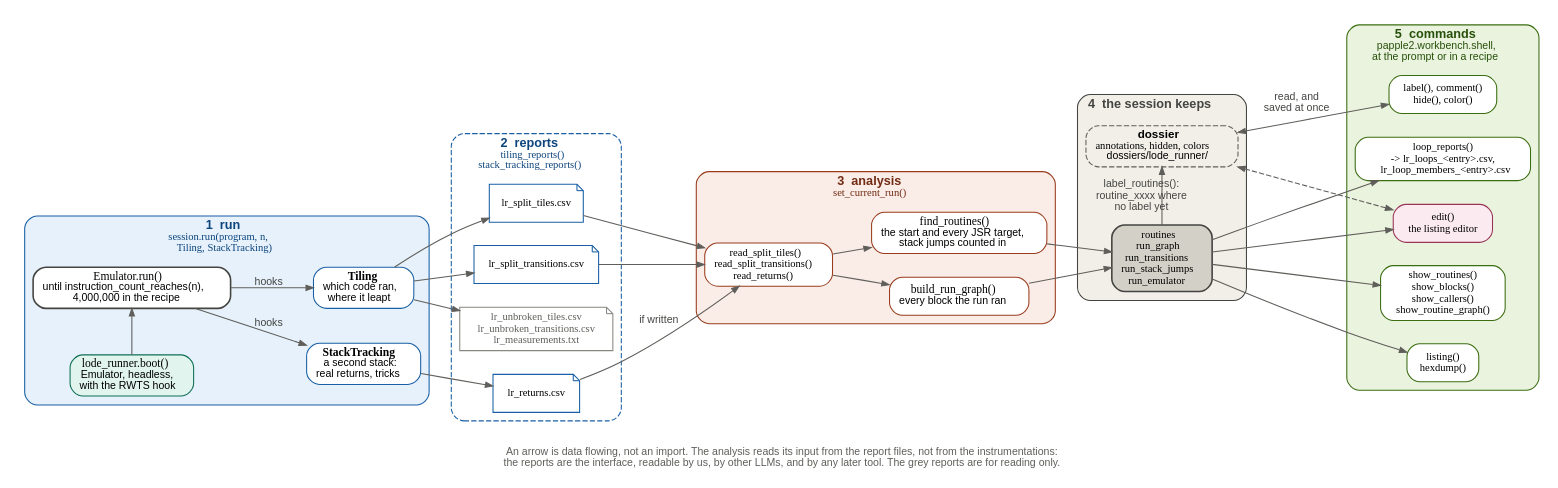
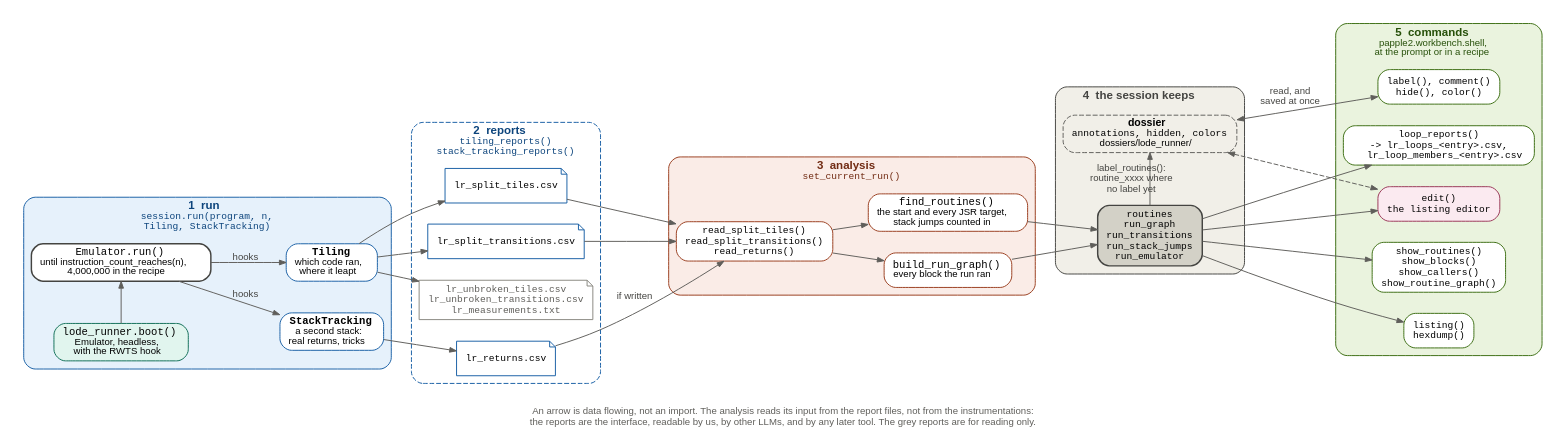
One commit to fschuhi/papple2 changed the diagram in docs/diagrams/pipeline.dot. Above: the diagram before and after it, drawn with Graphviz. The commit also changed 17 other files, not shown here.

Commit message:
diagrams done, documentation updated

```diff
--- a/docs/diagrams/pipeline.dot
+++ b/docs/diagrams/pipeline.dot
@@ -1,127 +1,127 @@
 // The workbench's pipeline: from a run of the program to the commands.
 // Unlike packages.dot, workbench.dot and core.dot, an arrow here is data
 // flowing, not an import. The colours are those of workbench.dot.
 // Each step names the Session method that makes it happen; the recipe in
 // scripts/lr_basic_blocks_analysis.py calls them in this order.
 // Rendered by `make presentation`.
 
 digraph pipeline {
     rankdir=LR;
     newrank=true;
     size="13.3,7.5";
     nodesep=0.3;
     ranksep=0.5;
     bgcolor="white";
     fontname="Helvetica";
     fontsize=10;
     fontcolor="#5F5E5A";
     labelloc="b";
     label="\nAn arrow is data flowing, not an import. The analysis reads its input from the report files, not from the instrumentations:\nthe reports are the interface, readable by us, by other LLMs, and by any later tool. The grey reports are for reading only.";
     node [shape=box, style="rounded,filled", fontname="Helvetica", fontsize=11,
           fillcolor="white", color="#5F5E5A", penwidth=1, margin="0.12,0.06"];
     edge [color="#5F5E5A", fontname="Helvetica", fontsize=10, fontcolor="#444441",
           arrowsize=0.7];
 
     // 1 the run
     subgraph cluster_run {
-        label=<<B>1  run</B><BR/><FONT FACE="Menlo" POINT-SIZE="10">session.run(program, n,<BR/>Tiling, StackTracking)</FONT>>;
+        label=<<B>1  run</B><BR/><FONT FACE="monospace" POINT-SIZE="10">session.run(program, n,<BR/>Tiling, StackTracking)</FONT>>;
         labelloc="t"; style="rounded,filled"; fillcolor="#E6F1FB"; color="#185FA5";
         fontcolor="#0C447C"; fontsize=12;
 
-        boot [label=<<FONT FACE="Menlo">lode_runner.boot()</FONT><BR/><FONT POINT-SIZE="10">Emulator, headless,</FONT><BR/><FONT POINT-SIZE="10">with the RWTS hook</FONT>>,
+        boot [label=<<FONT FACE="monospace">lode_runner.boot()</FONT><BR/><FONT POINT-SIZE="10">Emulator, headless,</FONT><BR/><FONT POINT-SIZE="10">with the RWTS hook</FONT>>,
               fillcolor="#E1F5EE", color="#0F6E56"];
-        loop [label=<<FONT FACE="Menlo">Emulator.run()</FONT><BR/><FONT POINT-SIZE="10">until instruction_count_reaches(n),</FONT><BR/><FONT POINT-SIZE="10">4,000,000 in the recipe</FONT>>,
+        loop [label=<<FONT FACE="monospace">Emulator.run()</FONT><BR/><FONT POINT-SIZE="10">until instruction_count_reaches(n),</FONT><BR/><FONT POINT-SIZE="10">4,000,000 in the recipe</FONT>>,
               penwidth=1.5, color="#444441"];
-        tiling [label=<<FONT FACE="Menlo"><B>Tiling</B></FONT><BR/><FONT POINT-SIZE="10">which code ran,</FONT><BR/><FONT POINT-SIZE="10">where it leapt</FONT>>,
+        tiling [label=<<FONT FACE="monospace"><B>Tiling</B></FONT><BR/><FONT POINT-SIZE="10">which code ran,</FONT><BR/><FONT POINT-SIZE="10">where it leapt</FONT>>,
                 color="#185FA5"];
-        stack [label=<<FONT FACE="Menlo"><B>StackTracking</B></FONT><BR/><FONT POINT-SIZE="10">a second stack:</FONT><BR/><FONT POINT-SIZE="10">real returns, tricks</FONT>>,
+        stack [label=<<FONT FACE="monospace"><B>StackTracking</B></FONT><BR/><FONT POINT-SIZE="10">a second stack:</FONT><BR/><FONT POINT-SIZE="10">real returns, tricks</FONT>>,
                color="#185FA5"];
         { rank=same; boot; loop; }
         { rank=same; tiling; stack; }
 
         boot -> loop;
         loop -> tiling [label=" hooks "];
         loop -> stack [label=" hooks "];
     }
 
     // 2 the reports, files in the reports folder
     subgraph cluster_reports {
-        label=<<B>2  reports</B><BR/><FONT FACE="Menlo" POINT-SIZE="10">tiling_reports()<BR/>stack_tracking_reports()</FONT>>;
+        label=<<B>2  reports</B><BR/><FONT FACE="monospace" POINT-SIZE="10">tiling_reports()<BR/>stack_tracking_reports()</FONT>>;
         labelloc="t"; style="rounded,dashed"; color="#185FA5";
         fontcolor="#0C447C"; fontsize=12;
-        node [shape=note, style="filled", fillcolor="white", fontname="Menlo",
+        node [shape=note, style="filled", fillcolor="white", fontname="monospace",
               fontsize=10, color="#185FA5"];
 
         split_tiles [label="lr_split_tiles.csv"];
         split_transitions [label="lr_split_transitions.csv"];
         returns [label="lr_returns.csv"];
         unbroken [label="lr_unbroken_tiles.csv\nlr_unbroken_transitions.csv\nlr_measurements.txt",
                   color="#888780", fontcolor="#5F5E5A"];
         { rank=same; split_tiles; split_transitions; returns; unbroken; }
     }
 
     tiling -> split_tiles;
     tiling -> split_transitions;
     tiling -> unbroken;
     stack -> returns;
 
     // 3 the analysis
     subgraph cluster_analysis {
-        label=<<B>3  analysis</B><BR/><FONT FACE="Menlo" POINT-SIZE="10">set_current_run()</FONT>>;
+        label=<<B>3  analysis</B><BR/><FONT FACE="monospace" POINT-SIZE="10">set_current_run()</FONT>>;
         labelloc="t"; style="rounded,filled"; fillcolor="#FAECE7"; color="#993C1D";
         fontcolor="#712B13"; fontsize=12;
 
-        read [label=<<FONT FACE="Menlo">read_split_tiles()<BR/>read_split_transitions()<BR/>read_returns()</FONT>>,
+        read [label=<<FONT FACE="monospace">read_split_tiles()<BR/>read_split_transitions()<BR/>read_returns()</FONT>>,
               fontsize=10, color="#993C1D"];
-        find [label=<<FONT FACE="Menlo">find_routines()</FONT><BR/><FONT POINT-SIZE="10">the start and every JSR target,</FONT><BR/><FONT POINT-SIZE="10">stack jumps counted in</FONT>>,
+        find [label=<<FONT FACE="monospace">find_routines()</FONT><BR/><FONT POINT-SIZE="10">the start and every JSR target,</FONT><BR/><FONT POINT-SIZE="10">stack jumps counted in</FONT>>,
               color="#993C1D"];
-        run_graph [label=<<FONT FACE="Menlo">build_run_graph()</FONT><BR/><FONT POINT-SIZE="10">every block the run ran</FONT>>,
+        run_graph [label=<<FONT FACE="monospace">build_run_graph()</FONT><BR/><FONT POINT-SIZE="10">every block the run ran</FONT>>,
                    color="#993C1D"];
         { rank=same; find; run_graph; }
         read -> find;
         read -> run_graph;
     }
 
     split_tiles -> read;
     split_transitions -> read;
     returns -> read [label=" if written "];
 
     // 4 what the session keeps
     subgraph cluster_state {
         label=<<B>4  the session keeps</B>>;
         labelloc="t"; style="rounded,filled"; fillcolor="#F1EFE8"; color="#444441";
         fontcolor="#444441"; fontsize=12;
 
-        state [label=<<FONT FACE="Menlo">routines<BR/>run_graph<BR/>run_transitions<BR/>run_stack_jumps<BR/>run_emulator</FONT>>,
+        state [label=<<FONT FACE="monospace">routines<BR/>run_graph<BR/>run_transitions<BR/>run_stack_jumps<BR/>run_emulator</FONT>>,
                fontsize=10, fillcolor="#D3D1C7", color="#444441", penwidth=1.5];
-        dossier [label=<<B>dossier</B><BR/><FONT POINT-SIZE="10" FACE="Menlo">annotations, hidden, colors</FONT><BR/><FONT POINT-SIZE="10">dossiers/lode_runner/</FONT>>,
+        dossier [label=<<B>dossier</B><BR/><FONT POINT-SIZE="10" FACE="monospace">annotations, hidden, colors</FONT><BR/><FONT POINT-SIZE="10">dossiers/lode_runner/</FONT>>,
                  fillcolor="#F1EFE8", color="#5F5E5A", style="rounded,filled,dashed"];
         { rank=same; state; dossier; }
         state -> dossier [label=" label_routines():\n routine_xxxx where\n no label yet "];
     }
 
     find -> state;
     run_graph -> state;
 
     // 5 the commands
     subgraph cluster_commands {
         label=<<B>5  commands</B><BR/><FONT POINT-SIZE="10">papple2.workbench.shell,</FONT><BR/><FONT POINT-SIZE="10">at the prompt or in a recipe</FONT>>;
         labelloc="t"; style="rounded,filled"; fillcolor="#EAF3DE"; color="#3B6D11";
         fontcolor="#27500A"; fontsize=12;
-        node [fontname="Menlo", fontsize=10, color="#3B6D11"];
+        node [fontname="monospace", fontsize=10, color="#3B6D11"];
 
         show [label="show_routines()\nshow_blocks()\nshow_callers()\nshow_routine_graph()"];
         listing [label="listing()\nhexdump()"];
         edit [label="edit()\nthe listing editor", fillcolor="#FBEAF0", color="#993556"];
         loop_reports [label="loop_reports()\n-> lr_loops_<entry>.csv,\n   lr_loop_members_<entry>.csv"];
         notes [label="label(), comment()\nhide(), color()"];
         { rank=same; show; listing; edit; loop_reports; notes; }
     }
 
     state -> show;
     state -> listing;
     state -> edit;
     state -> loop_reports;
     dossier -> notes [dir=both, label=" read, and\n saved at once "];
     dossier -> edit [dir=both, style=dashed];
 }
```
